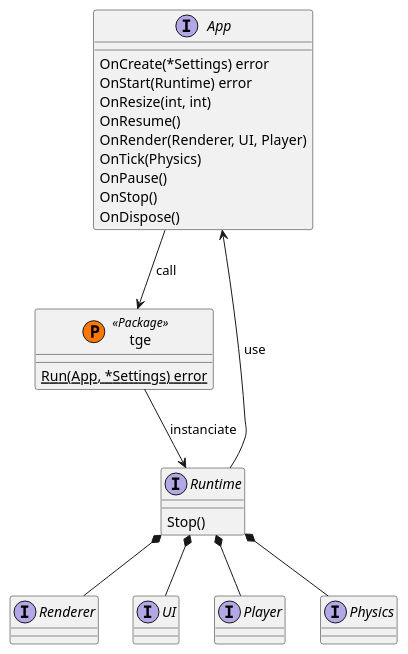
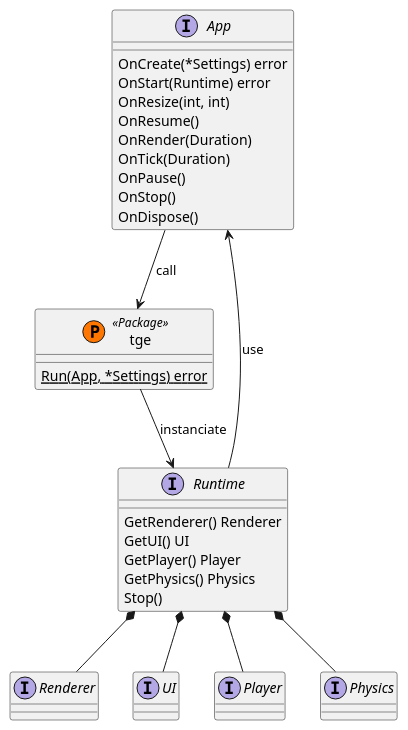
The diagram in specs/api.puml (Thommil/tge), drawn with PlantUML before and after one commit. The commit also changed 7 other files, not shown here.

Commit message:
added render & tick

```diff
--- a/specs/api.puml
+++ b/specs/api.puml
@@ -2,44 +2,48 @@
 @startuml API
 ' Components
 interface App {
     OnCreate(*Settings) error
     OnStart(Runtime) error
     OnResize(int, int)
     OnResume()
-    OnRender(Renderer, UI, Player)
-    OnTick(Physics)
+    OnRender(Duration)
+    OnTick(Duration)
     OnPause()
     OnStop()
     OnDispose()
 }
 
 class tge << (P,#FF7700) Package >> {
     {static} Run(App, *Settings) error
 }
 
 interface Runtime {
+    GetRenderer() Renderer
+    GetUI() UI
+    GetPlayer() Player
+    GetPhysics() Physics
     Stop()
 }
 
 interface Renderer {
 }
 
 interface UI {
 }
 
 interface Player {
 }
 
 interface Physics {
 }
 
 ' Relations
 App --> tge : call
 tge --> Runtime : instanciate
 App <-- Runtime : use
 
 Runtime *-- Renderer
 Runtime *-- UI
 Runtime *-- Player
 Runtime *-- Physics
 @enduml
```
